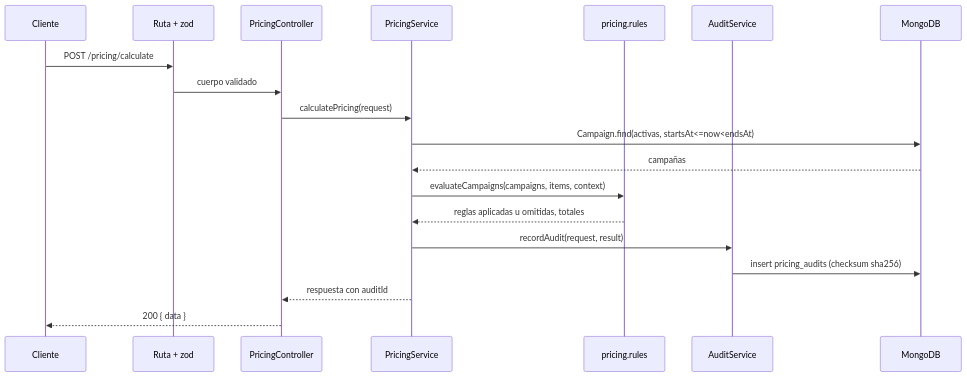
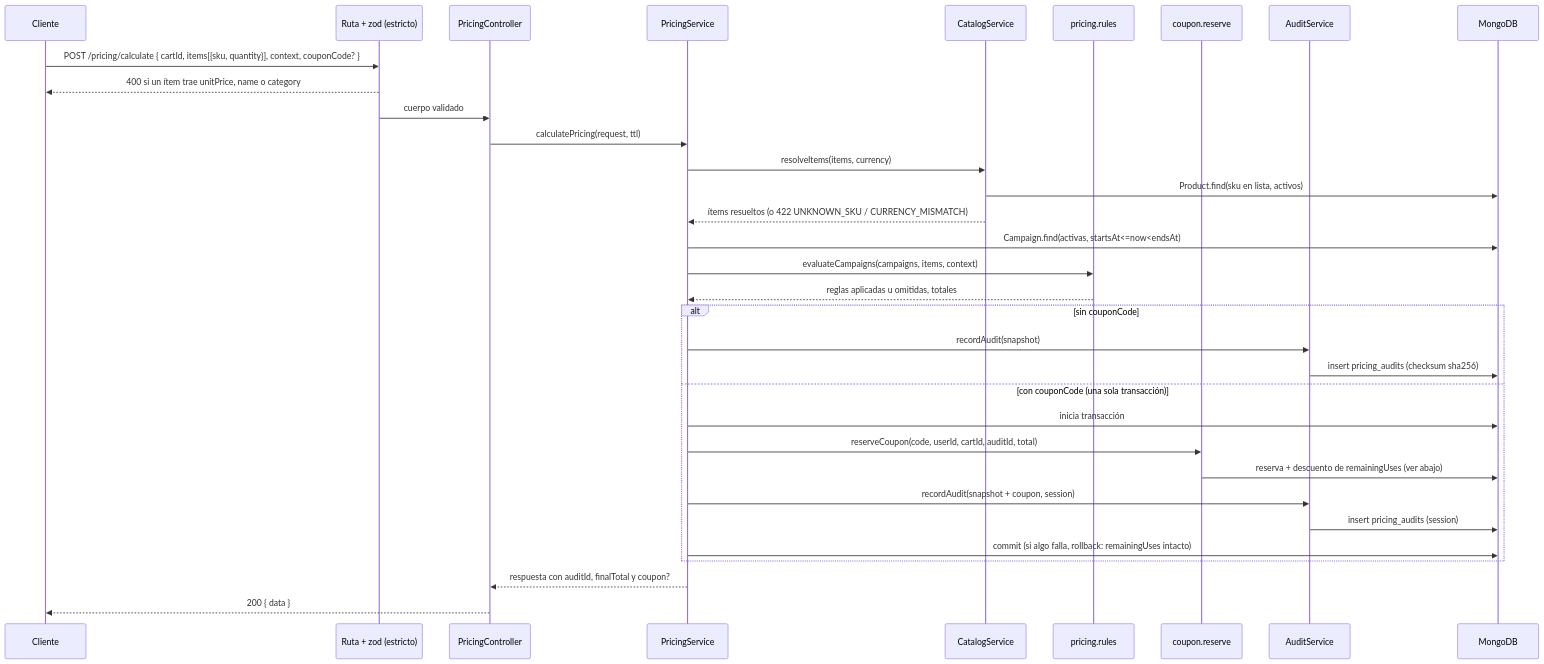
One commit to Tagle-Azca/DynamicPricing changed the second of 9 diagrams in docs/ARCHITECTURE.md. Above: the diagram before and after it, drawn with Mermaid. The commit also changed other lines of this file and 80 other files, not shown here.

First line of the commit message:
feat: server-side catalog, coupon lifecycle and coupon in pricing

````diff
--- a/docs/ARCHITECTURE.md
+++ b/docs/ARCHITECTURE.md
@@ -35,21 +35,35 @@
 ```mermaid
 sequenceDiagram
   participant C as Cliente
-  participant R as Ruta + zod
+  participant R as Ruta + zod (estricto)
   participant K as PricingController
   participant S as PricingService
+  participant P as CatalogService
   participant E as pricing.rules
+  participant V as coupon.reserve
   participant A as AuditService
   participant DB as MongoDB
-  C->>R: POST /pricing/calculate
+  C->>R: POST /pricing/calculate { cartId, items[{sku, quantity}], context, couponCode? }
+  R-->>C: 400 si un ítem trae unitPrice, name o category
   R->>K: cuerpo validado
-  K->>S: calculatePricing(request)
+  K->>S: calculatePricing(request, ttl)
+  S->>P: resolveItems(items, currency)
+  P->>DB: Product.find(sku en lista, activos)
+  P-->>S: ítems resueltos (o 422 UNKNOWN_SKU / CURRENCY_MISMATCH)
   S->>DB: Campaign.find(activas, startsAt<=now<endsAt)
-  DB-->>S: campañas
   S->>E: evaluateCampaigns(campaigns, items, context)
   E-->>S: reglas aplicadas u omitidas, totales
-  S->>A: recordAudit(request, result)
-  A->>DB: insert pricing_audits (checksum sha256)
-  S-->>K: respuesta con auditId
+  alt sin couponCode
+    S->>A: recordAudit(snapshot)
+    A->>DB: insert pricing_audits (checksum sha256)
+  else con couponCode (una sola transacción)
+    S->>DB: inicia transacción
+    S->>V: reserveCoupon(code, userId, cartId, auditId, total)
+    V->>DB: reserva + descuento de remainingUses (ver abajo)
+    S->>A: recordAudit(snapshot + coupon, session)
+    A->>DB: insert pricing_audits (session)
+    S->>DB: commit (si algo falla, rollback: remainingUses intacto)
+  end
+  S-->>K: respuesta con auditId, finalTotal y coupon?
   K-->>C: 200 { data }
 ```
````
